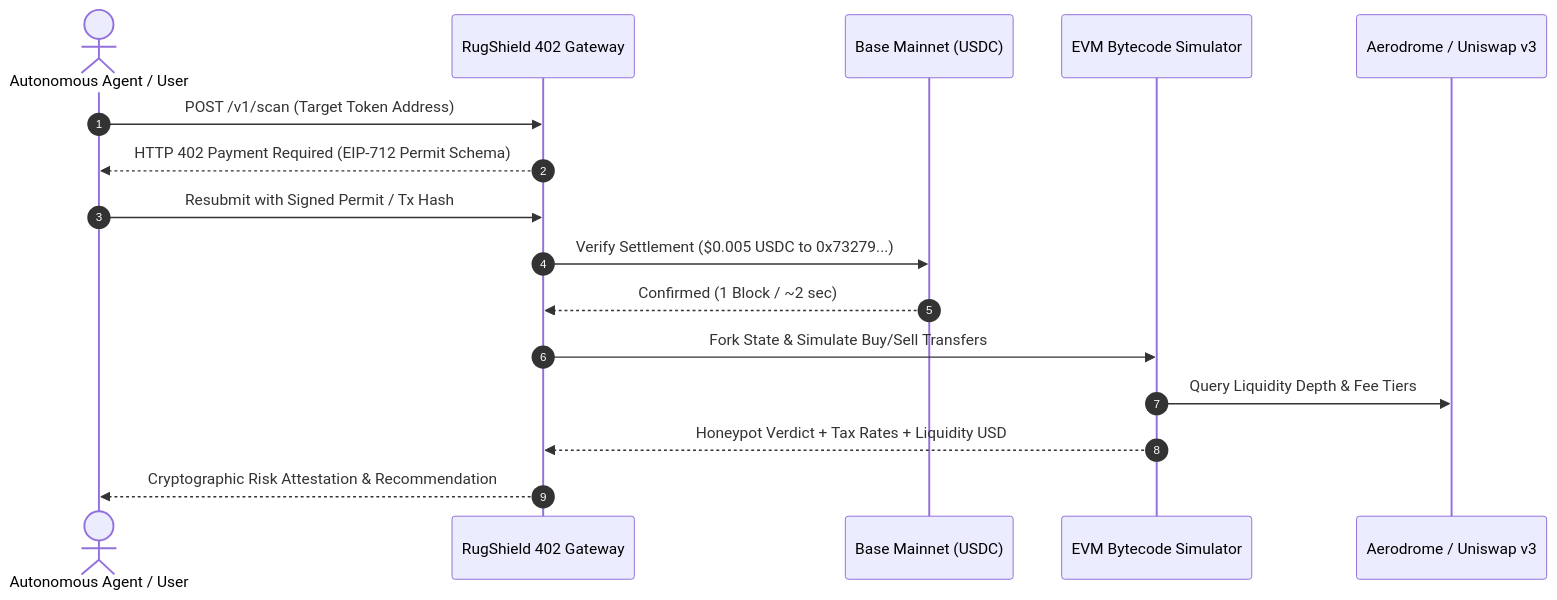
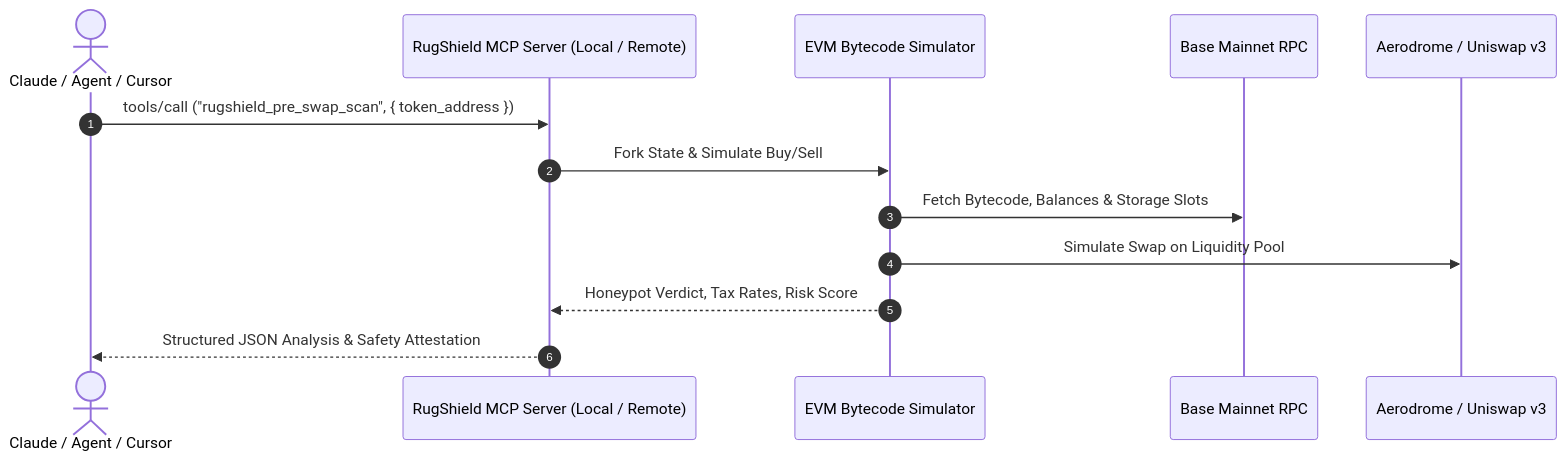
One commit to ak10082247-max/rugshield-402 changed the diagram in README.md. Above: the diagram before and after it, drawn with Mermaid. The commit also changed other lines of this file, not shown here.

Commit message:
docs: restructure README as open-source MCP server implementation for Glama

````diff
--- a/README.md
+++ b/README.md
@@ -48,19 +111,16 @@
 ```mermaid
 sequenceDiagram
     autonumber
-    actor Trader as Autonomous Agent / User
-    participant RugShield as RugShield 402 Gateway
-    participant Base as Base Mainnet (USDC)
+    actor LLM as Claude / Agent / Cursor
+    participant MCP as RugShield MCP Server (Local / Remote)
     participant Simulator as EVM Bytecode Simulator
+    participant Base as Base Mainnet RPC
     participant DEX as Aerodrome / Uniswap v3
 
-    Trader->>RugShield: POST /v1/scan (Target Token Address)
-    RugShield-->>Trader: HTTP 402 Payment Required (EIP-712 Permit Schema)
-    Trader->>RugShield: Resubmit with Signed Permit / Tx Hash
-    RugShield->>Base: Verify Settlement ($0.005 USDC to 0x73279...)
-    Base-->>RugShield: Confirmed (1 Block / ~2 sec)
-    RugShield->>Simulator: Fork State & Simulate Buy/Sell Transfers
-    Simulator->>DEX: Query Liquidity Depth & Fee Tiers
-    Simulator-->>RugShield: Honeypot Verdict + Tax Rates + Liquidity USD
-    RugShield-->>Trader: Cryptographic Risk Attestation & Recommendation
+    LLM->>MCP: tools/call ("rugshield_pre_swap_scan", { token_address })
+    MCP->>Simulator: Fork State & Simulate Buy/Sell
+    Simulator->>Base: Fetch Bytecode, Balances & Storage Slots
+    Simulator->>DEX: Simulate Swap on Liquidity Pool
+    Simulator-->>MCP: Honeypot Verdict, Tax Rates, Risk Score
+    MCP-->>LLM: Structured JSON Analysis & Safety Attestation
 ```
````
